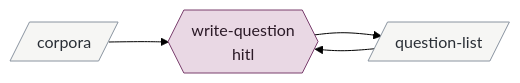
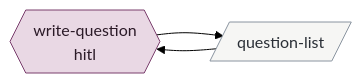
Diagram 14 of 17 in .claude/skills/v3-buildout-2/map.md (bc414/StoryPlanner), drawn with Mermaid (forest theme) before and after one commit. The commit also changed other lines of this file and 67 other files, not shown here.

````diff
--- a/.claude/skills/v3-buildout-2/map.md
+++ b/.claude/skills/v3-buildout-2/map.md
@@ -600,16 +677,14 @@
 ```mermaid
 flowchart LR
   classDef hitl fill:#e9d8e4,stroke:#7a3e6d,color:#2b1a27
   classDef session fill:#dce6f0,stroke:#3b5b7c,color:#14202c
   classDef agent fill:#f5e6c8,stroke:#b7791f,color:#3a2a08
   classDef artifact fill:#f6f6f4,stroke:#8a94a0,color:#2a2f36
   classDef activity fill:#dcebdd,stroke:#4b7f52,color:#122816
   classDef terminus fill:#e4e4ea,stroke:#5b5b7a,color:#1c1c2c
   writequestion{{"write-question<br/>hitl"}}:::hitl
-  corpora[/"corpora"/]:::artifact
   questionlist[/"question-list"/]:::artifact
 
-  corpora --> writequestion
   questionlist --> writequestion
   writequestion --> questionlist
 ```
````
